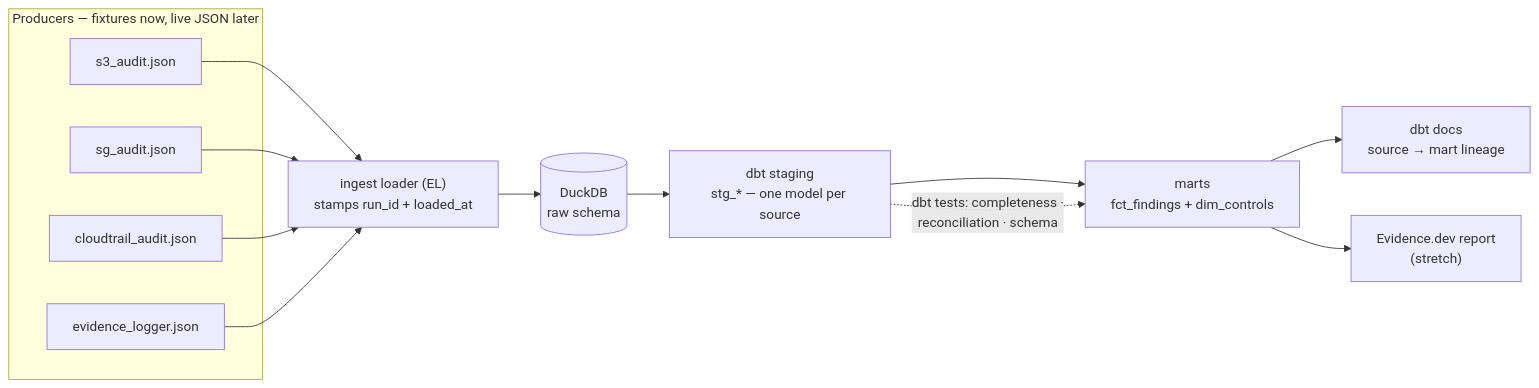
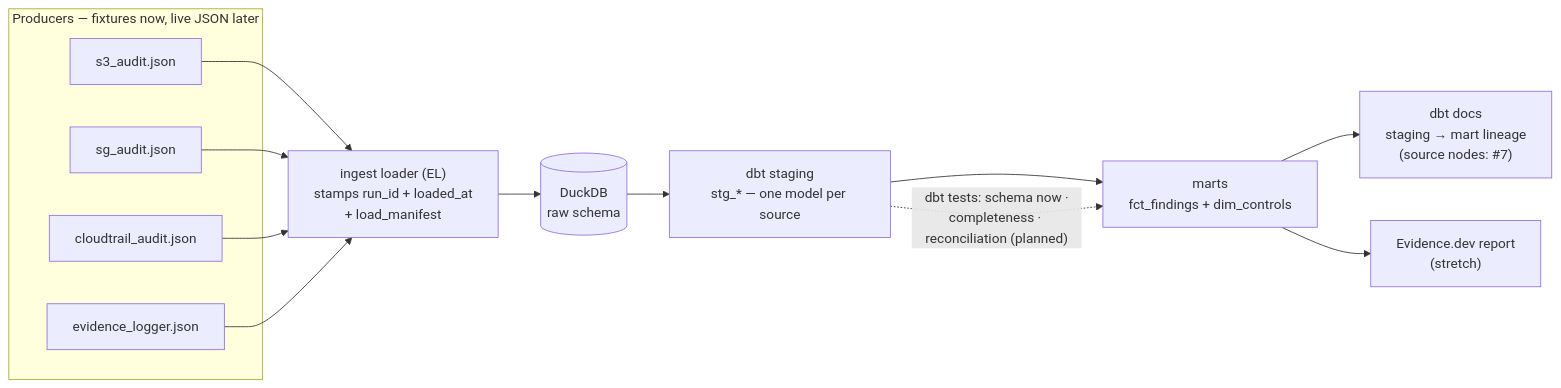
The diagram in README.md (0xBahalaNa/grc-engineering-evidence-warehouse), drawn with Mermaid before and after one commit. The commit also changed other lines of this file and 12 other files, not shown here.

````diff
--- a/README.md
+++ b/README.md
@@ -25,16 +25,16 @@
 ```mermaid
 graph LR
     subgraph P [Producers — fixtures now, live JSON later]
         A1[s3_audit.json]
         A2[sg_audit.json]
         A3[cloudtrail_audit.json]
         A4[evidence_logger.json]
     end
-    A1 & A2 & A3 & A4 --> B["ingest loader (EL)<br/>stamps run_id + loaded_at"]
+    A1 & A2 & A3 & A4 --> B["ingest loader (EL)<br/>stamps run_id + loaded_at<br/>+ load_manifest"]
     B --> C[("DuckDB<br/>raw schema")]
     C --> D["dbt staging<br/>stg_* — one model per source"]
     D --> E["marts<br/>fct_findings + dim_controls"]
-    E --> F["dbt docs<br/>source → mart lineage"]
+    E --> F["dbt docs<br/>staging → mart lineage<br/>(source nodes: #7)"]
     E --> G["Evidence.dev report<br/>(stretch)"]
-    D -.->|"dbt tests: completeness ·<br/>reconciliation · schema"| E
+    D -.->|"dbt tests: schema now ·<br/>completeness · reconciliation (planned)"| E
 ```
````
